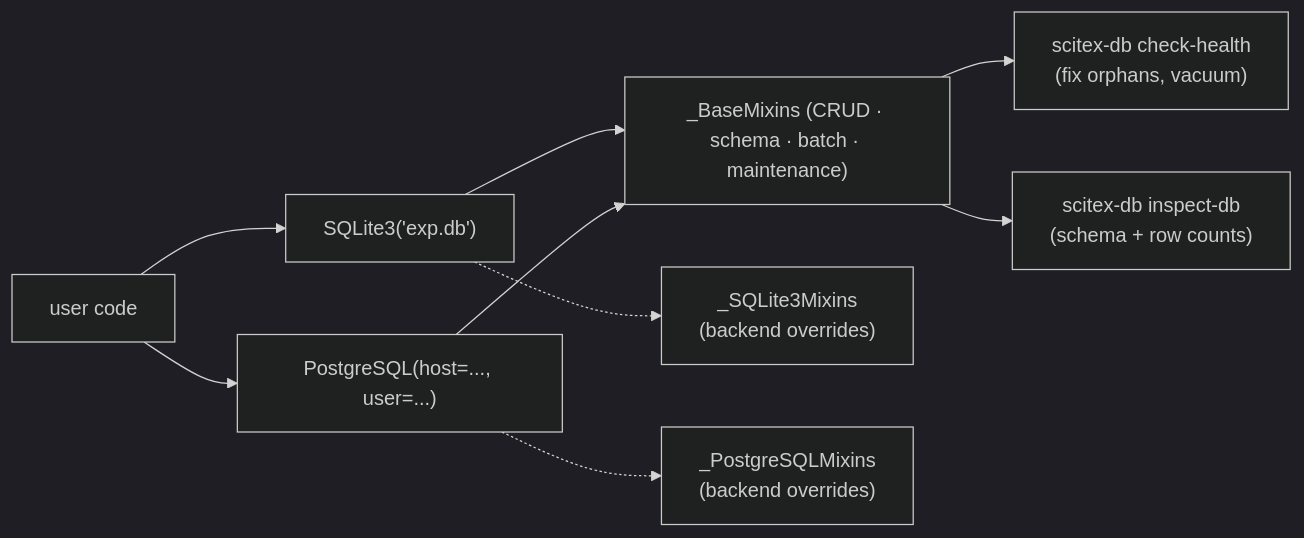
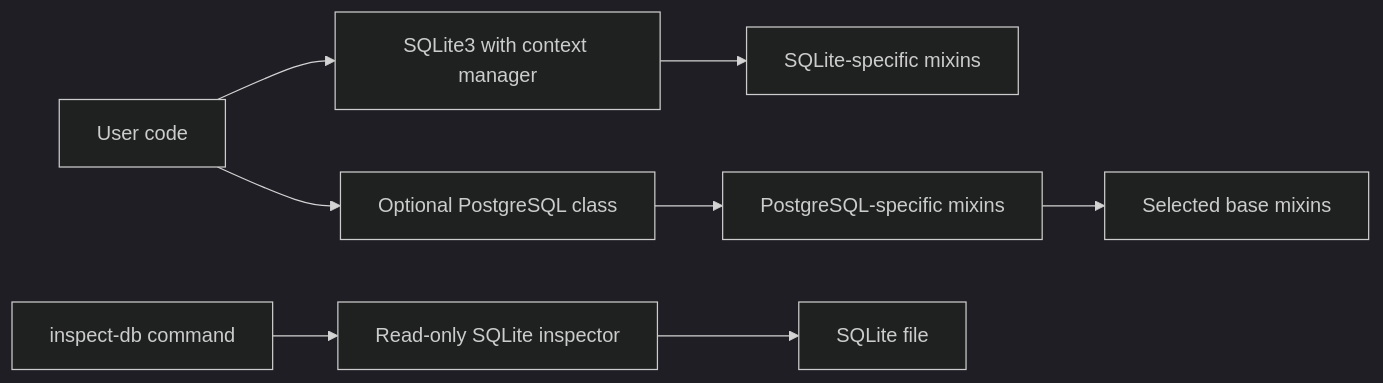
Before and after one commit to scitex-ai/scitex-db: the diagram in README.md, drawn with Mermaid (dark theme). The commit also changed other lines of this file and 1 other file, not shown here.

Commit message:
docs(db): verify README examples and backend scope

````diff
--- a/README.md
+++ b/README.md
@@ -126,11 +145,10 @@
 ```mermaid
 flowchart LR
-    U["user code"] --> A["SQLite3('exp.db')"]
-    U --> B["PostgreSQL(host=..., user=...)"]
-    A --> M["_BaseMixins (CRUD · schema · batch · maintenance)"]
-    B --> M
-    A -.-> SM["_SQLite3Mixins<br/>(backend overrides)"]
-    B -.-> PM["_PostgreSQLMixins<br/>(backend overrides)"]
-    M --> H["scitex-db check-health<br/>(fix orphans, vacuum)"]
-    M --> I["scitex-db inspect-db<br/>(schema + row counts)"]
+    U["User code"] --> S["SQLite3 with context manager"]
+    U --> P["Optional PostgreSQL class"]
+    S --> SM["SQLite-specific mixins"]
+    P --> PM["PostgreSQL-specific mixins"]
+    PM --> BM["Selected base mixins"]
+    C["inspect-db command"] --> H["Read-only SQLite inspector"]
+    H --> F["SQLite file"]
 ```
````
